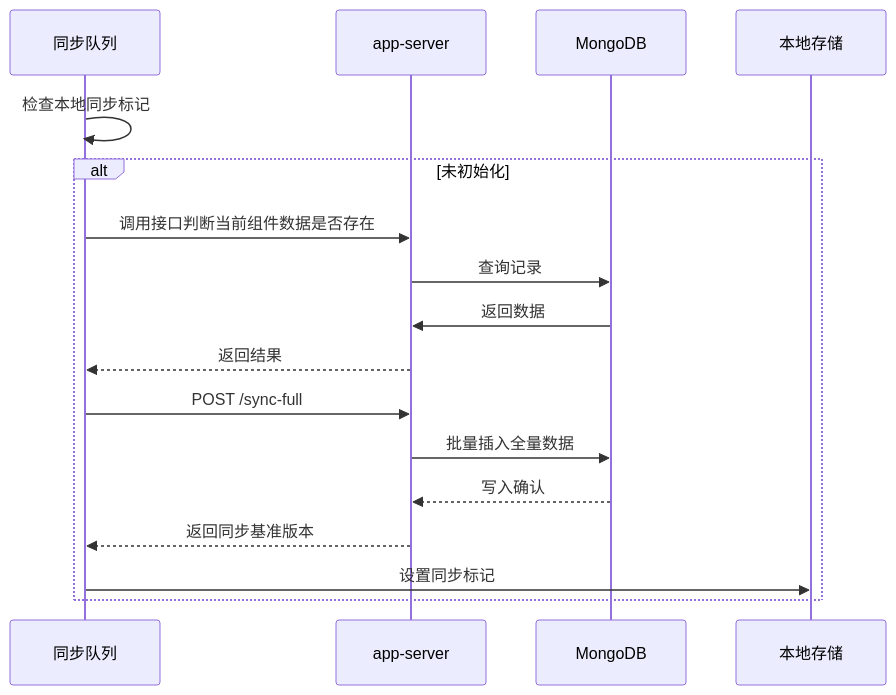
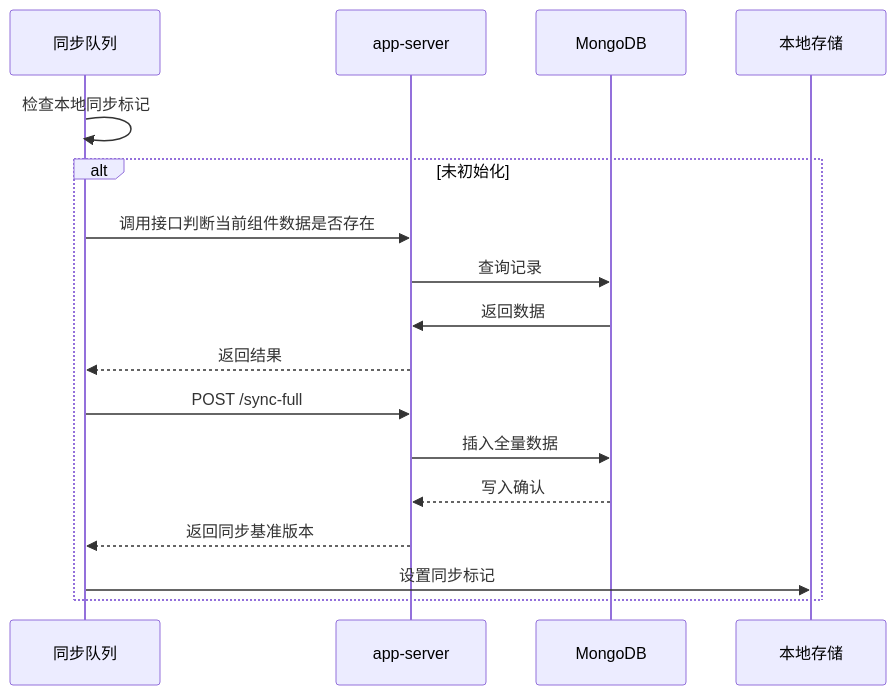
The diagram in all/未命名-24.md (yingjianzh/iodraw-files), drawn with Mermaid before and after one commit.

Commit message:
2025-02-21 18:28:20 update

````diff
--- a/all/未命名-24.md
+++ b/all/未命名-24.md
@@ -1,20 +1,19 @@
 ```mermaid
 sequenceDiagram
     participant 同步队列
     participant app-server
     participant MongoDB
 
     同步队列->>同步队列: 检查本地同步标记
     alt 未初始化
         同步队列->>app-server: 调用接口判断当前组件数据是否存在
         app-server->>MongoDB: 查询记录
         MongoDB->>app-server: 返回数据
         app-server-->>同步队列: 返回结果
         同步队列->>app-server: POST /sync-full
-        
-        app-server->>MongoDB: 批量插入全量数据
+        app-server->>MongoDB: 插入全量数据
         MongoDB-->>app-server: 写入确认
         app-server-->>同步队列: 返回同步基准版本
         同步队列->>本地存储: 设置同步标记
     end
 ```
````
